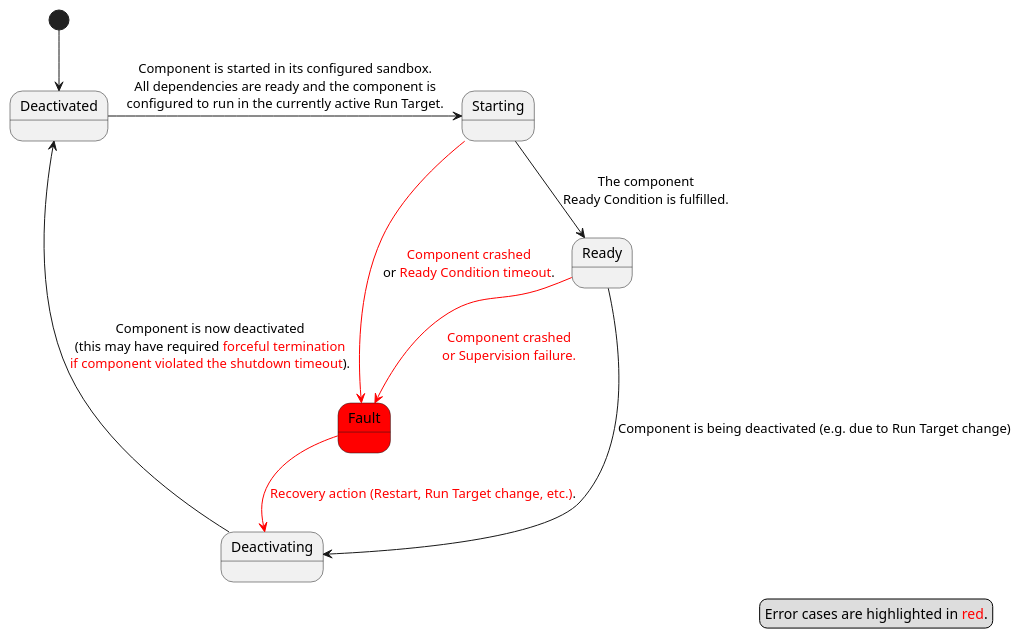
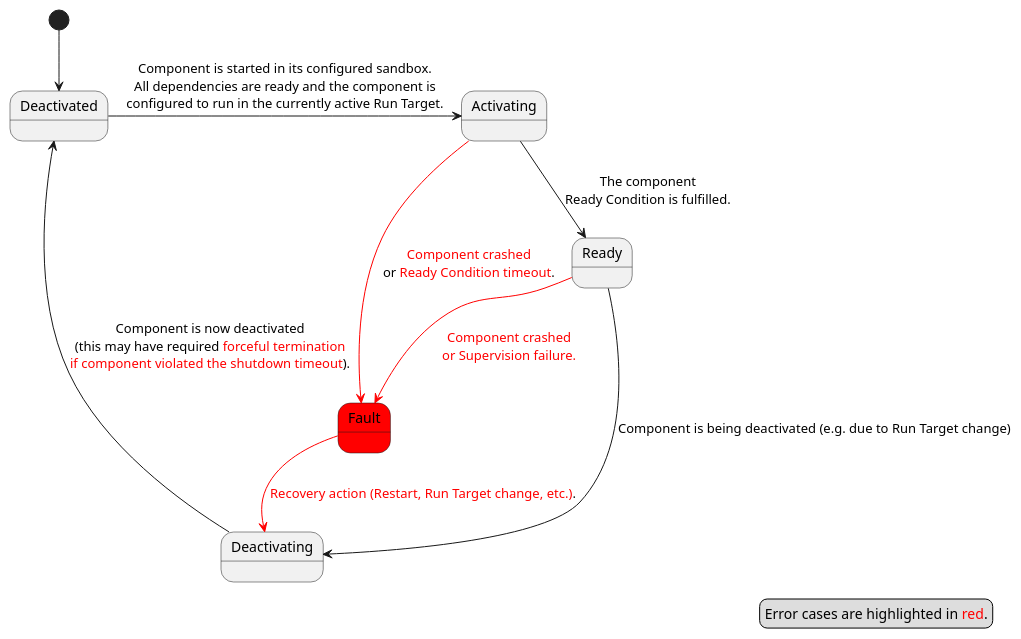
One commit to eclipse-score/lifecycle changed the diagram in docs/features/lifecycle/architecture/_assets/lifecycle_component_state_machine.puml. Above: the diagram before and after it, drawn with PlantUML.

Commit message:
Starting->Activating

```diff
--- a/docs/features/lifecycle/architecture/_assets/lifecycle_component_state_machine.puml
+++ b/docs/features/lifecycle/architecture/_assets/lifecycle_component_state_machine.puml
@@ -14,18 +14,18 @@
 @startuml Component State Machine
 
 [*] -d-> Deactivated
-Deactivated -> Starting : Component is started in its configured sandbox.\nAll dependencies are ready and the component is\nconfigured to run in the currently active Run Target.
-Starting --> Ready : The component\nReady Condition is fulfilled.
+Deactivated -> Activating : Component is started in its configured sandbox.\nAll dependencies are ready and the component is\nconfigured to run in the currently active Run Target.
+Activating --> Ready : The component\nReady Condition is fulfilled.
 Ready --> Deactivating : Component is being deactivated (e.g. due to Run Target change)
 Deactivating --> Deactivated : Component is now deactivated\n(this may have required <color:red>forceful termination</color>\n<color:red>if component violated the shutdown timeout</color>).
 
 state Fault #red
-Starting -[#red]-> Fault : <color:red>Component crashed</color>\nor <color:red>Ready Condition timeout</color>.
+Activating -[#red]-> Fault : <color:red>Component crashed</color>\nor <color:red>Ready Condition timeout</color>.
 Ready -[#red]-> Fault : <color:red>Component crashed</color>\n<color:red>or Supervision failure.</color>
 Fault -[#red]-> Deactivating : <color:red>Recovery action (Restart, Run Target change, etc.)</color>.
 
 legend right
 	Error cases are highlighted in <color:red>red</color>.
 endlegend
 
 @enduml
```
